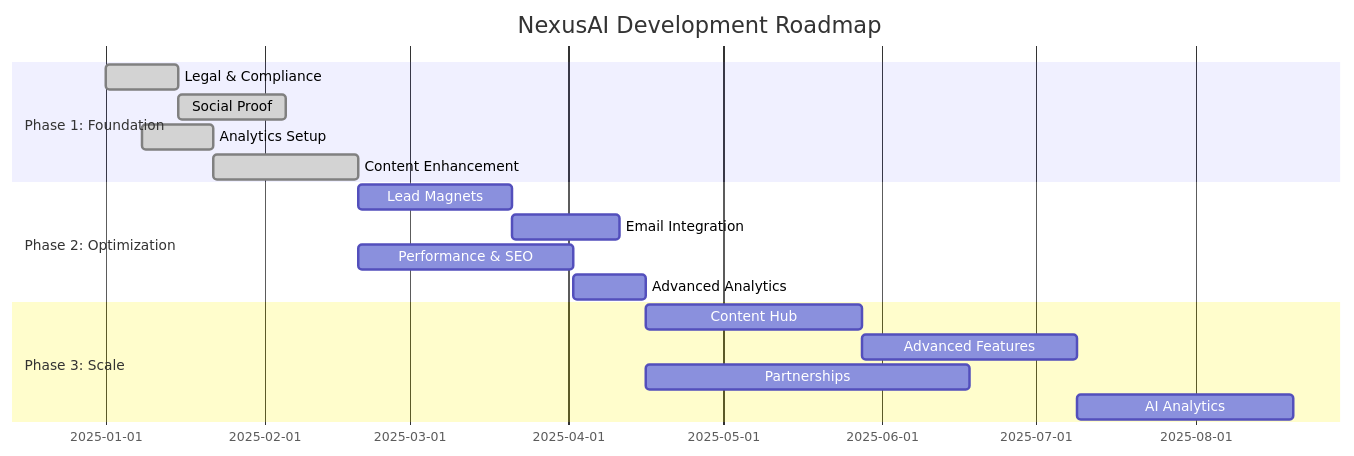
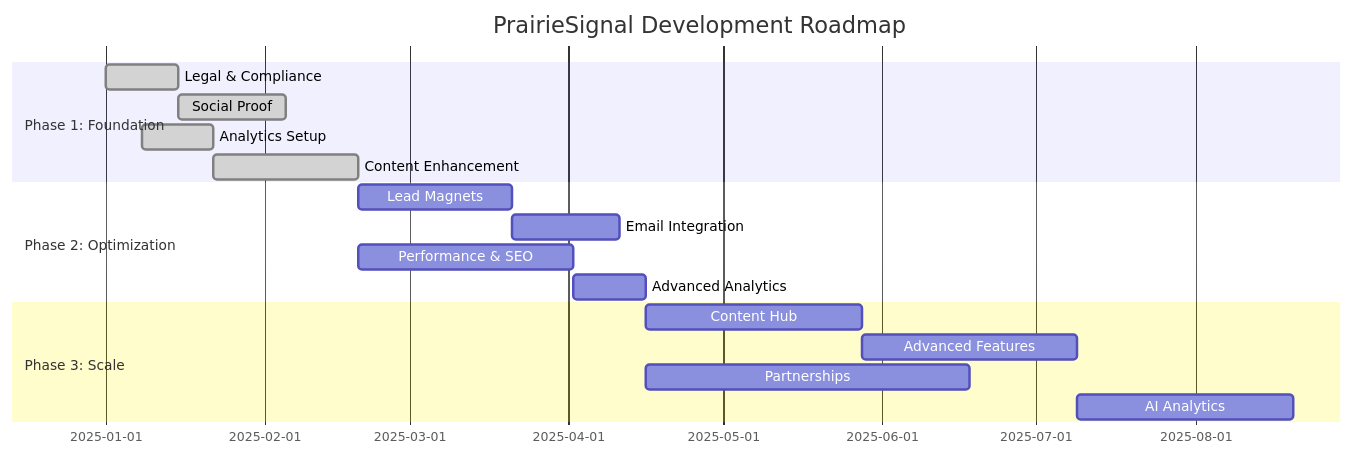
One commit to Bwillia13x/Nexus changed the diagram in NEXUSAI_DEVELOPMENT_ROADMAP.md. Above: the diagram before and after it, drawn with Mermaid. The commit also changed other lines of this file and 91 other files, not shown here.

````diff
--- a/NEXUSAI_DEVELOPMENT_ROADMAP.md
+++ b/NEXUSAI_DEVELOPMENT_ROADMAP.md
@@ -360,22 +360,22 @@
 ```mermaid
 gantt
-    title NexusAI Development Roadmap
+    title PrairieSignal Development Roadmap
     dateFormat YYYY-MM-DD
     section Phase 1: Foundation
     Legal & Compliance     :done, p1a, 2025-01-01, 14d
     Social Proof          :done, p1b, 2025-01-15, 21d
     Analytics Setup       :done, p1c, 2025-01-08, 14d
     Content Enhancement   :done, p1d, 2025-01-22, 28d
 
     section Phase 2: Optimization
     Lead Magnets          :p2a, after p1d, 30d
     Email Integration     :p2b, after p2a, 21d
     Performance & SEO     :p2c, after p1d, 42d
     Advanced Analytics    :p2d, after p2c, 14d
 
     section Phase 3: Scale
     Content Hub           :p3a, after p2d, 42d
     Advanced Features     :p3b, after p3a, 42d
     Partnerships          :p3c, after p2d, 63d
     AI Analytics          :p3d, after p3b, 42d
 ```
````
